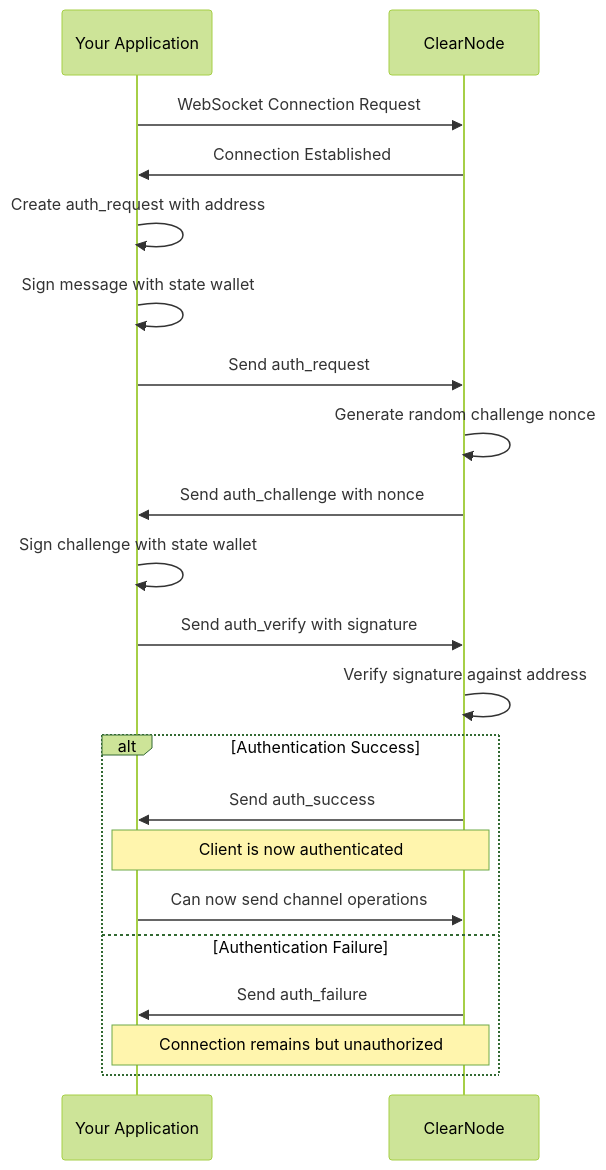
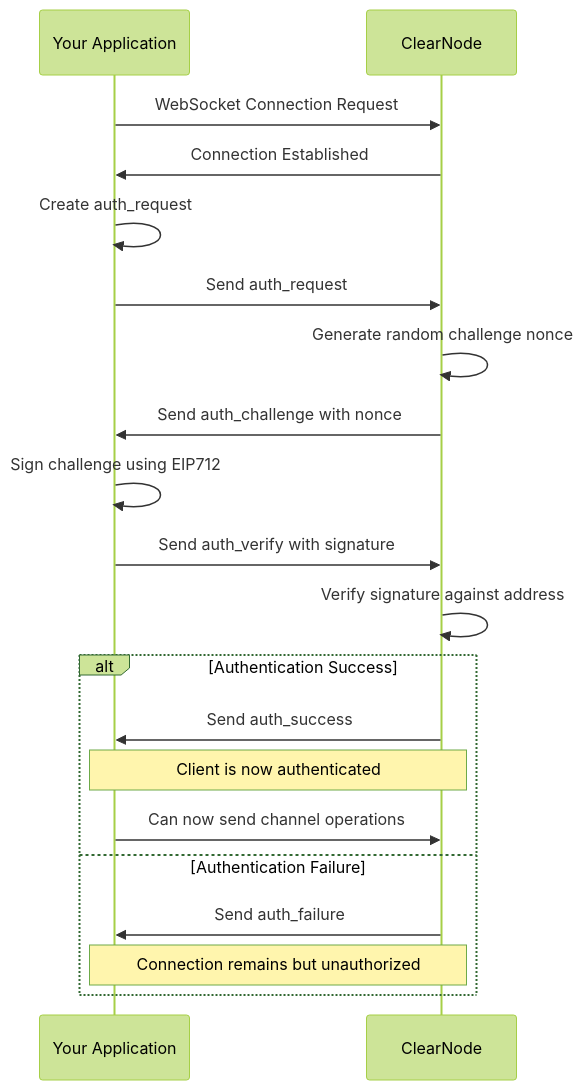
Before and after one commit to erc7824/website: the diagram in docs/quick_start/connect_to_the_clearnode.md, drawn with Mermaid (forest theme). The commit also changed other lines of this file, not shown here.

Commit message:
feat: update connect section with JWT and EIP 712 (#8)

````diff
--- a/docs/quick_start/connect_to_the_clearnode.md
+++ b/docs/quick_start/connect_to_the_clearnode.md
@@ -238,29 +239,28 @@
 ```mermaid
 sequenceDiagram
     participant Client as Your Application
     participant CN as ClearNode
     
     Client->>CN: WebSocket Connection Request
     CN->>Client: Connection Established
     
-    Client->>Client: Create auth_request with address
-    Client->>Client: Sign message with state wallet
+    Client->>Client: Create auth_request
     Client->>CN: Send auth_request
     
     CN->>CN: Generate random challenge nonce
     CN->>Client: Send auth_challenge with nonce
     
-    Client->>Client: Sign challenge with state wallet
+    Client->>Client: Sign challenge using EIP712
     Client->>CN: Send auth_verify with signature
     
     CN->>CN: Verify signature against address
     
     alt Authentication Success
         CN->>Client: Send auth_success
         Note over Client,CN: Client is now authenticated
         Client->>CN: Can now send channel operations
     else Authentication Failure
         CN->>Client: Send auth_failure
         Note over Client,CN: Connection remains but unauthorized
     end
 ```
````
